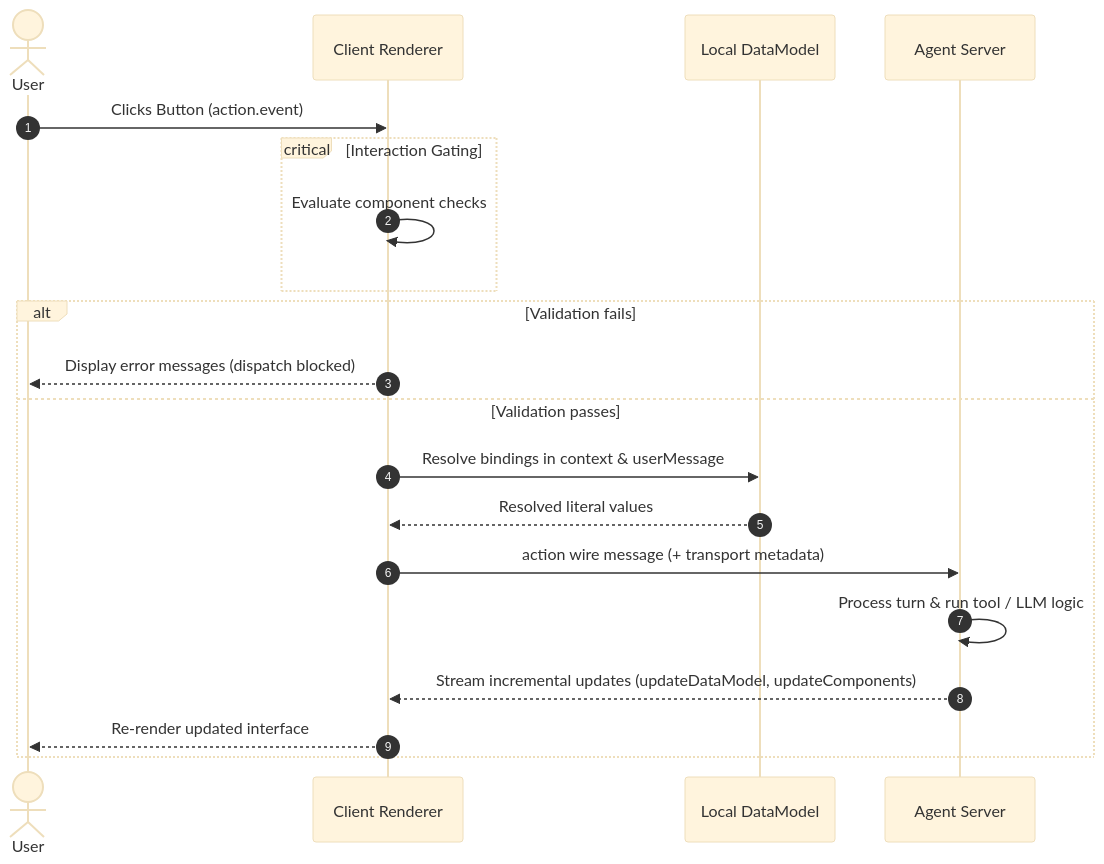
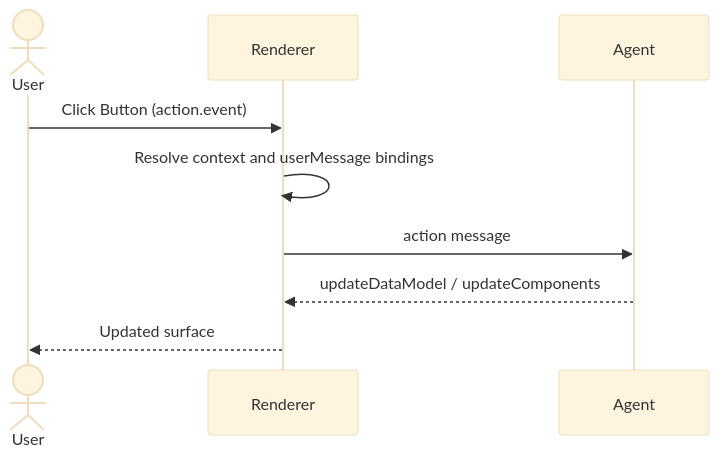
Before and after one commit to a2ui-project/a2ui: the diagram in docs/site/src/content/docs/concepts/actions-and-functions.mdx, drawn with Mermaid (base theme). The commit also changed other lines of this file and 1 other file, not shown here.

First line of the commit message:
docs(site): rework Actions and Functions diagram and tighten page text

````diff
--- a/docs/site/src/content/docs/concepts/actions-and-functions.mdx
+++ b/docs/site/src/content/docs/concepts/actions-and-functions.mdx
@@ -149,23 +40,12 @@
 ```mermaid
 sequenceDiagram
-    autonumber
     actor User
-    participant Renderer as Client Renderer
-    participant DataModel as Local DataModel
-    participant Agent as Agent Server
+    participant Renderer
+    participant Agent
 
-    User->>Renderer: Clicks Button (action.event)
-    critical Interaction Gating
-        Renderer->>Renderer: Evaluate component checks
-    end
-    alt Validation fails
-        Renderer-->>User: Display error messages (dispatch blocked)
-    else Validation passes
-        Renderer->>DataModel: Resolve bindings in context & userMessage
-        DataModel-->>Renderer: Resolved literal values
-        Renderer->>Agent: action wire message (+ transport metadata)
-        Agent->>Agent: Process turn & run tool / LLM logic
-        Agent-->>Renderer: Stream incremental updates (updateDataModel, updateComponents)
-        Renderer-->>User: Re-render updated interface
-    end
+    User->>Renderer: Click Button (action.event)
+    Renderer->>Renderer: Resolve context and userMessage bindings
+    Renderer->>Agent: action message
+    Agent-->>Renderer: updateDataModel / updateComponents
+    Renderer-->>User: Updated surface
 ```
````
